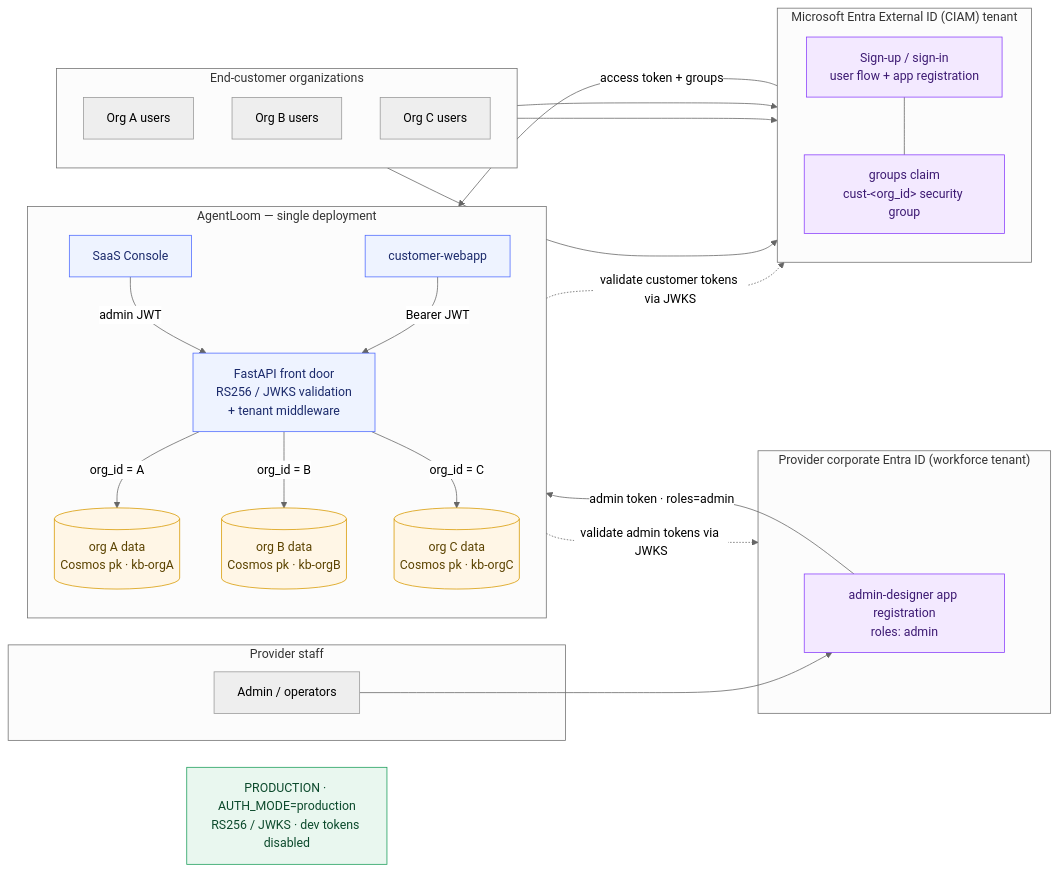
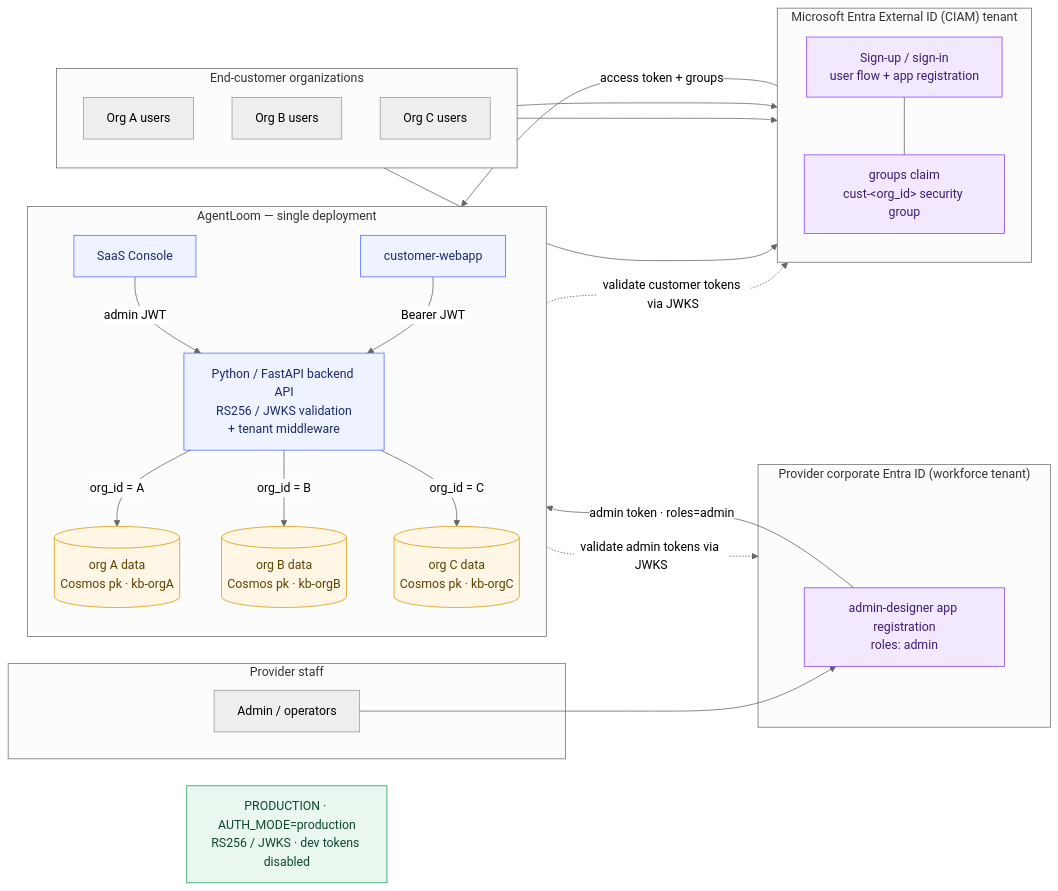
The second of 3 diagrams in README.md (pietrobr/agent-loom), drawn with Mermaid (neutral theme) before and after one commit. The commit also changed other lines of this file, not shown here.

Commit message:
feat: Update README with clarifications on Foundry agent isolation, backend responsibilities, and data handling

````diff
--- a/README.md
+++ b/README.md
@@ -218,58 +258,58 @@
 ```mermaid
 flowchart LR
     PRODTAG["PRODUCTION · AUTH_MODE=production<br/>RS256 / JWKS · dev tokens disabled"]
     subgraph Admins["Provider staff"]
       OPS["Admin / operators"]
     end
     subgraph Orgs["End-customer organizations"]
       direction TB
       UA["Org A users"]
       UB["Org B users"]
       UC["Org C users"]
     end
 
     subgraph WF["Provider corporate Entra ID (workforce tenant)"]
       ADAPP["admin-designer app registration<br/>roles: admin"]
     end
 
     subgraph CIAM["Microsoft Entra External ID (CIAM) tenant"]
       direction TB
       UF["Sign-up / sign-in<br/>user flow + app registration"]
       CLAIM["groups claim<br/>cust-&lt;org_id&gt; security group"]
       UF --- CLAIM
     end
 
     subgraph Deploy["AgentLoom — single deployment"]
       direction TB
       AD["SaaS Console"]
       FE["customer-webapp"]
-      API["FastAPI front door<br/>RS256 / JWKS validation<br/>+ tenant middleware"]
+      API["Python / FastAPI backend API<br/>RS256 / JWKS validation<br/>+ tenant middleware"]
       DA[("org A data<br/>Cosmos pk · kb-orgA")]
       DB[("org B data<br/>Cosmos pk · kb-orgB")]
       DC[("org C data<br/>Cosmos pk · kb-orgC")]
     end
 
     OPS --> ADAPP
     UA --> UF
     UB --> UF
     UC --> UF
 
     ADAPP -- "admin token · roles=admin" --> AD
     CLAIM -- "access token + groups" --> FE
     AD -- "admin JWT" --> API
     FE -- "Bearer JWT" --> API
     API -. "validate admin tokens via JWKS" .-> WF
     API -. "validate customer tokens via JWKS" .-> CIAM
     API -- "org_id = A" --> DA
     API -- "org_id = B" --> DB
     API -- "org_id = C" --> DC
 
     classDef store fill:#fff6e6,stroke:#d89a00,color:#5b4300;
     classDef compute fill:#eef3ff,stroke:#4F6BFF,color:#1b2a6b;
     classDef idp fill:#f3e9ff,stroke:#8a3ffc,color:#3d1a73;
     classDef prod fill:#e9f7ef,stroke:#1b9e5a,color:#0c4a2c;
     class DA,DB,DC store;
     class AD,FE,API compute;
     class UF,CLAIM,ADAPP idp;
     class PRODTAG prod;
 ```
````
